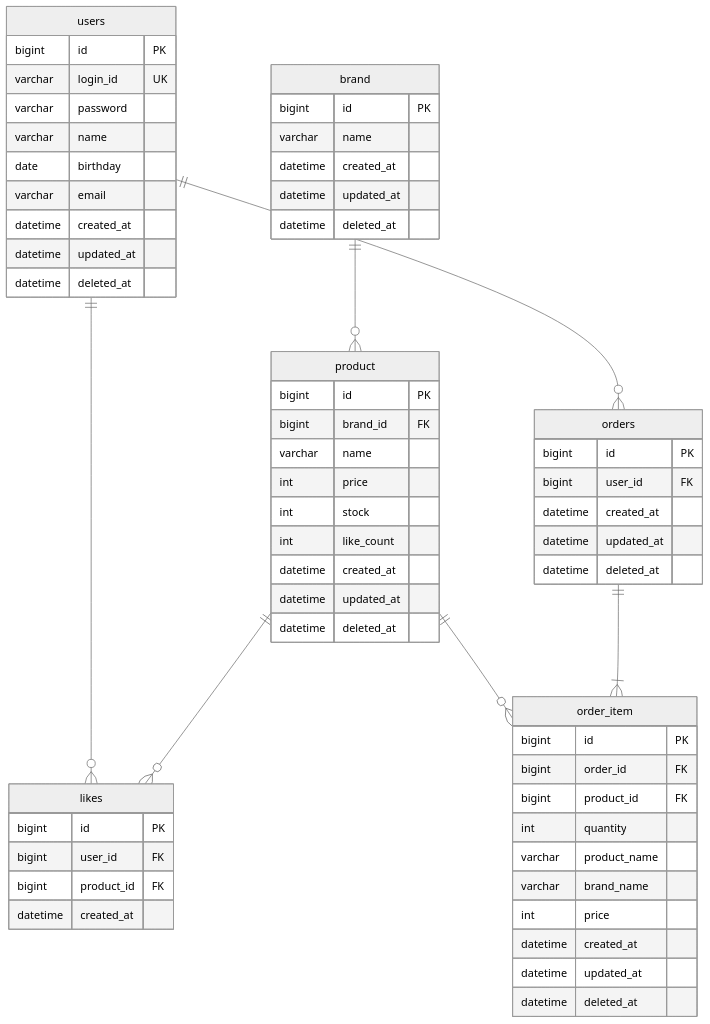
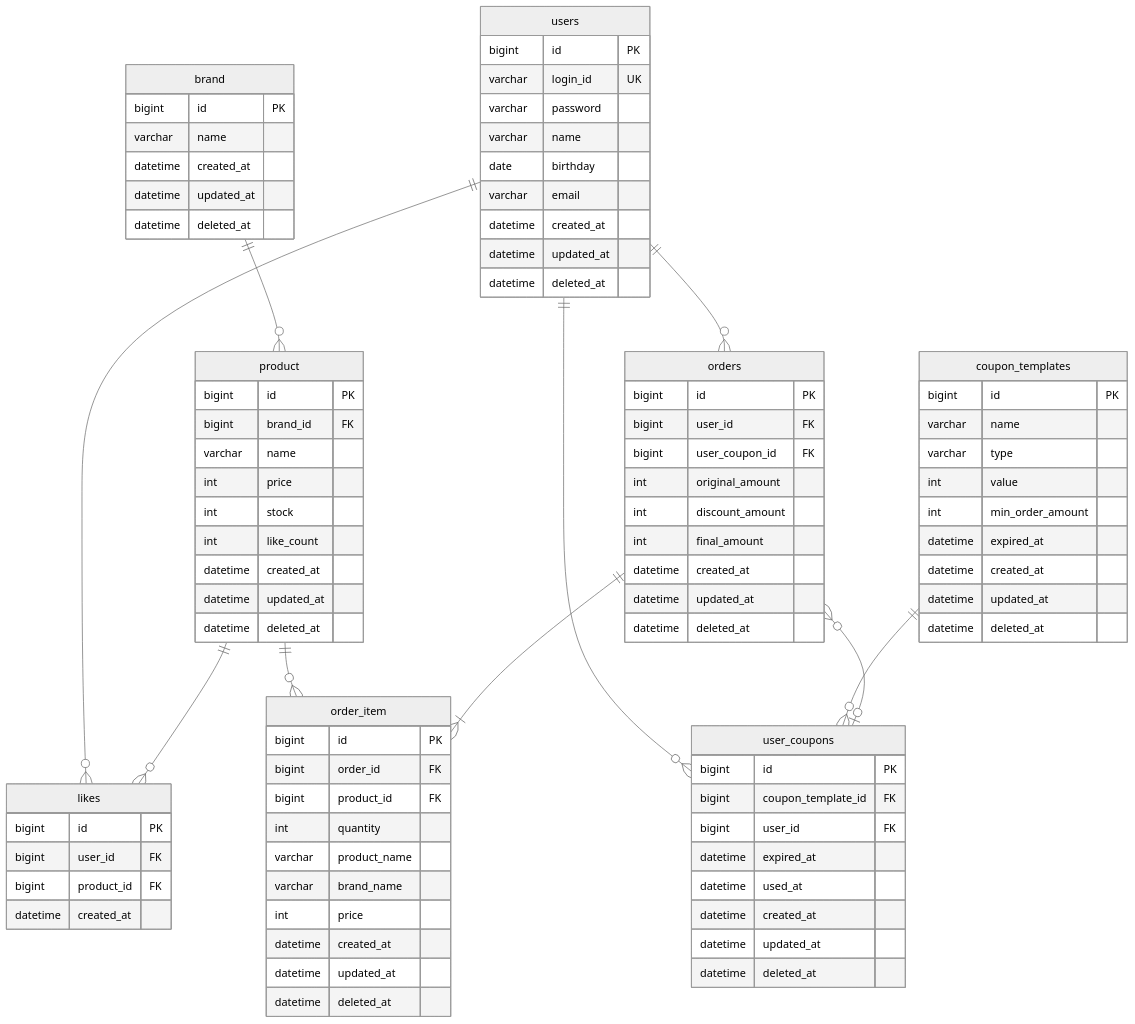
Before and after one commit to Loopers-dev-lab/loop-pack-be-l2-vol3-java: the diagram in .docs/design/04-erd.md, drawn with Mermaid (neutral theme). The commit also changed other lines of this file and 3 other files, not shown here.

````diff
--- a/.docs/design/04-erd.md
+++ b/.docs/design/04-erd.md
@@ -51,9 +51,36 @@
         datetime created_at
     }
 
+    coupon_templates {
+        bigint id PK
+        varchar name
+        varchar type
+        int value
+        int min_order_amount
+        datetime expired_at
+        datetime created_at
+        datetime updated_at
+        datetime deleted_at
+    }
+
+    user_coupons {
+        bigint id PK
+        bigint coupon_template_id FK
+        bigint user_id FK
+        datetime expired_at
+        datetime used_at
+        datetime created_at
+        datetime updated_at
+        datetime deleted_at
+    }
+
     orders {
         bigint id PK
         bigint user_id FK
+        bigint user_coupon_id FK
+        int original_amount
+        int discount_amount
+        int final_amount
         datetime created_at
         datetime updated_at
         datetime deleted_at
@@ -74,8 +101,11 @@
 
     users ||--o{ likes : ""
     users ||--o{ orders : ""
+    users ||--o{ user_coupons : ""
     brand ||--o{ product : ""
     product ||--o{ likes : ""
     product ||--o{ order_item : ""
     orders ||--|{ order_item : ""
+    coupon_templates ||--o{ user_coupons : ""
+    orders }o--o| user_coupons : ""
 ```
````
